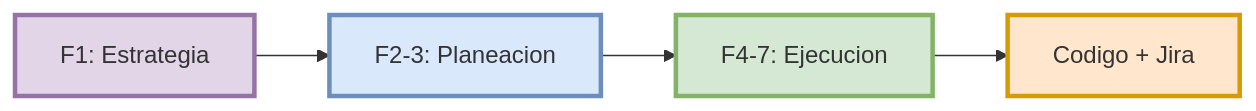
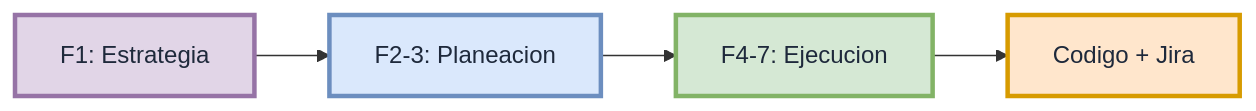
Before and after one commit to syntaxiscorp/syntaxis-ai-specs: diagram 12 of 12 in Information/spec-driven-workflow.md, drawn with Mermaid. The commit also changed other lines of this file, not shown here.

````diff
--- a/Information/spec-driven-workflow.md
+++ b/Information/spec-driven-workflow.md
@@ -470,14 +470,14 @@
 ```mermaid
 flowchart LR
-    classDef f1 fill:#e1d5e7,stroke:#9673a6,stroke-width:3px
-    classDef f2 fill:#dae8fc,stroke:#6c8ebf,stroke-width:3px
-    classDef f3 fill:#d5e8d4,stroke:#82b366,stroke-width:3px
-    classDef out fill:#ffe6cc,stroke:#d79b00,stroke-width:3px
+    classDef f1 fill:#e1d5e7,stroke:#9673a6,stroke-width:3px,color:#1e293b
+    classDef f2 fill:#dae8fc,stroke:#6c8ebf,stroke-width:3px,color:#1e293b
+    classDef f3 fill:#d5e8d4,stroke:#82b366,stroke-width:3px,color:#1e293b
+    classDef out fill:#ffe6cc,stroke:#d79b00,stroke-width:3px,color:#1e293b
 
     F1["F1: Estrategia"]:::f1
     F2["F2-3: Planeacion"]:::f2
     F3["F4-7: Ejecucion"]:::f3
     OUT["Codigo + Jira"]:::out
 
     F1 --> F2 --> F3 --> OUT
 ```
````
